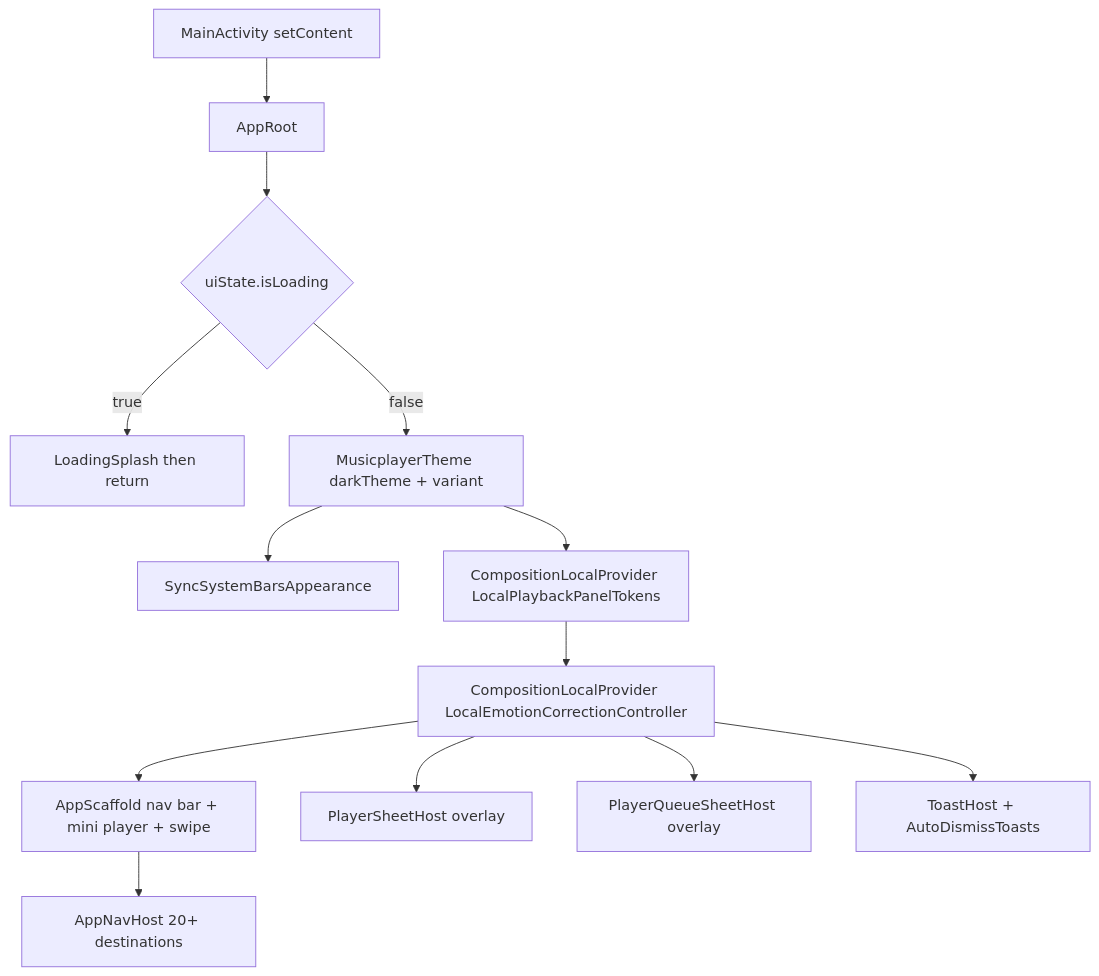
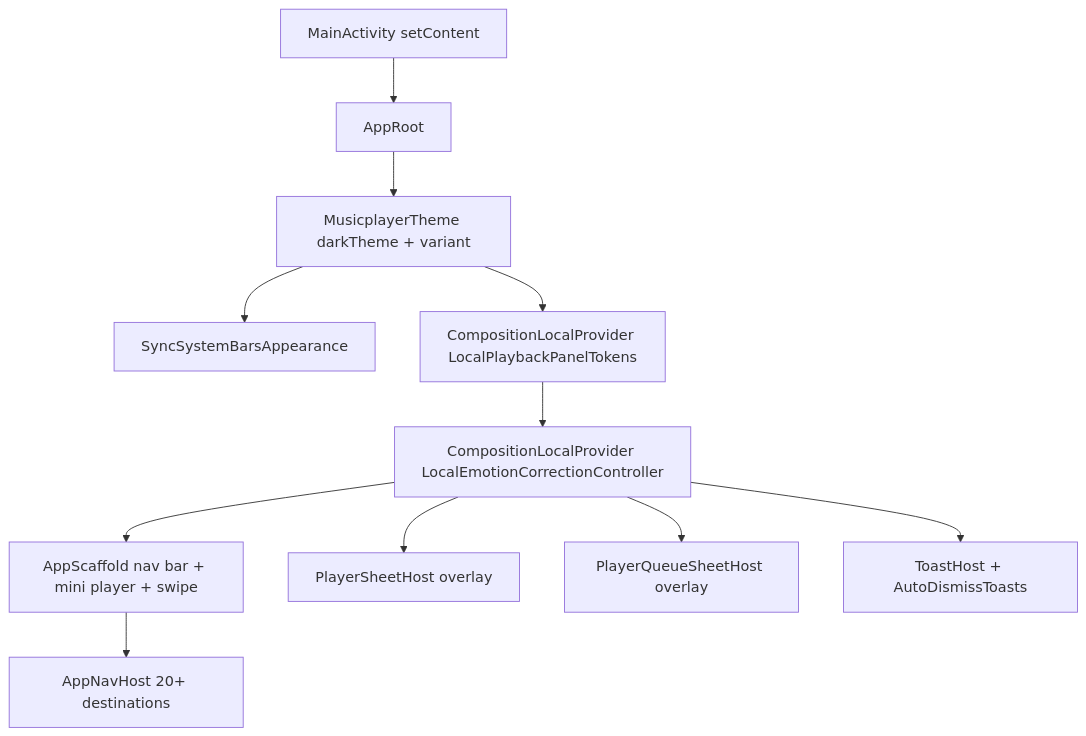
The first of 3 diagrams in openwiki/architecture/app-shell-navigation.md (DefineMyCode/melody-in-heart-x), drawn with Mermaid before and after one commit. The commit also changed other lines of this file and 38 other files, not shown here.

````diff
--- a/openwiki/architecture/app-shell-navigation.md
+++ b/openwiki/architecture/app-shell-navigation.md
@@ -93,15 +91,13 @@
 ```mermaid
 flowchart TD
     MA["MainActivity setContent"] --> AR["AppRoot"]
-    AR --> GATE{"uiState.isLoading"}
-    GATE -->|true| SPLASH["LoadingSplash then return"]
-    GATE -->|false| THEME["MusicplayerTheme darkTheme + variant"]
+    AR --> THEME["MusicplayerTheme darkTheme + variant"]
     THEME --> BARS["SyncSystemBarsAppearance"]
     THEME --> TOKENS["CompositionLocalProvider LocalPlaybackPanelTokens"]
     TOKENS --> PROVIDER["CompositionLocalProvider LocalEmotionCorrectionController"]
     PROVIDER --> SCAFFOLD["AppScaffold nav bar + mini player + swipe"]
     SCAFFOLD --> NAVHOST["AppNavHost 20+ destinations"]
     PROVIDER --> SHEET["PlayerSheetHost overlay"]
     PROVIDER --> QUEUE["PlayerQueueSheetHost overlay"]
     PROVIDER --> TOASTS["ToastHost + AutoDismissToasts"]
 ```
````
